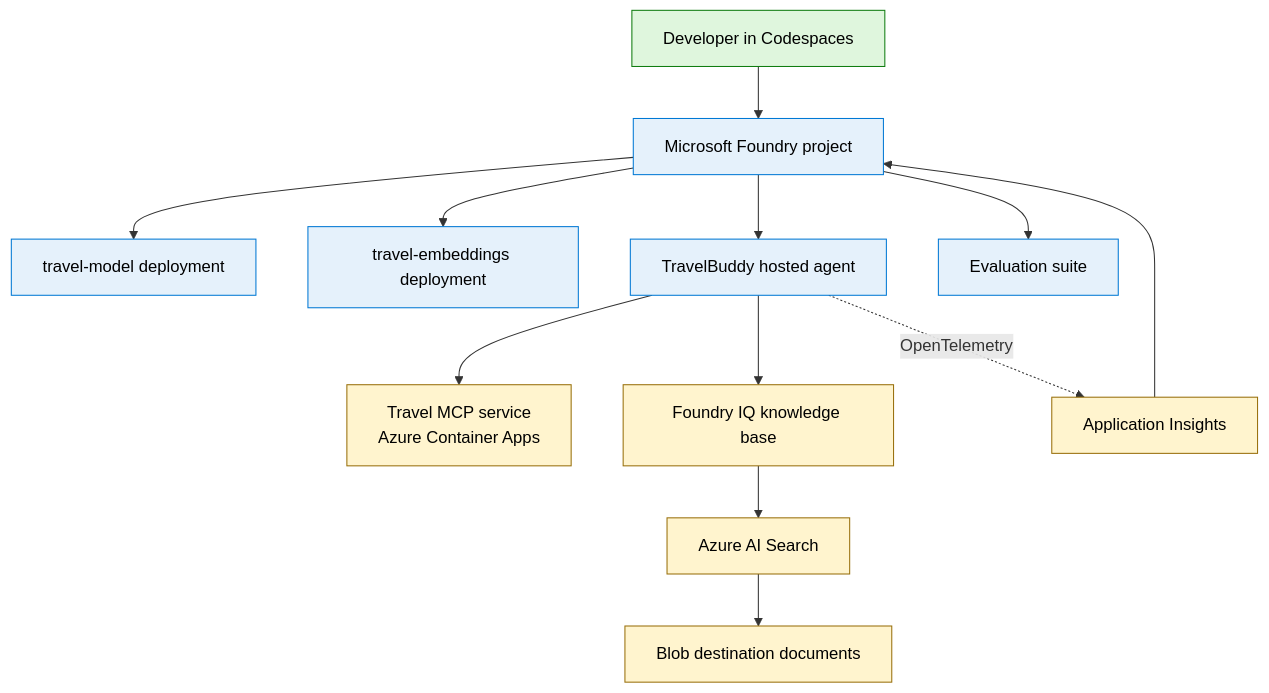
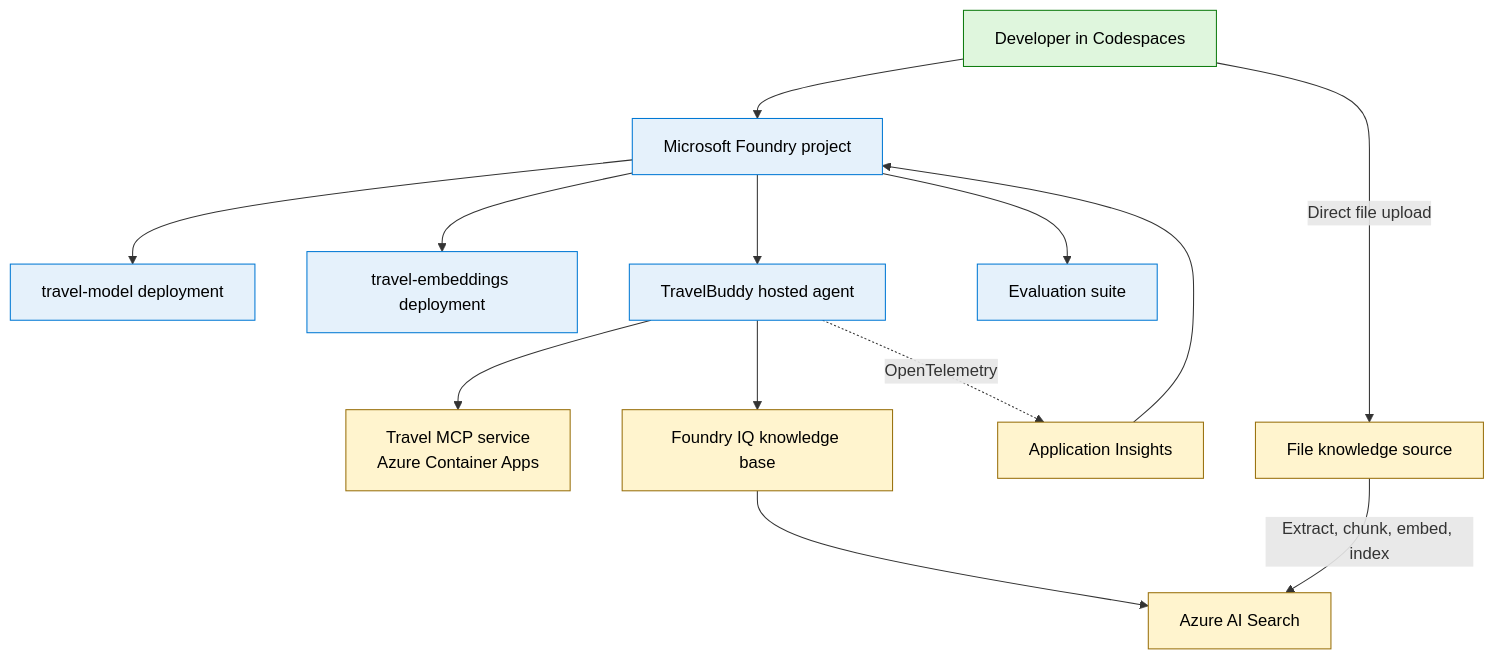
The second of 5 diagrams in docs/architecture.md (tmathew1000/foundry-multi-agent-developer-lab), drawn with Mermaid before and after one commit. The commit also changed other lines of this file and 19 other files, not shown here.

First line of the commit message:
feat: use direct file knowledge sources for lab grounding

````diff
--- a/docs/architecture.md
+++ b/docs/architecture.md
@@ -31,22 +31,23 @@
 ```mermaid
 flowchart TB
     D[Developer in Codespaces]
     D --> FP[Microsoft Foundry project]
     FP --> MD[travel-model deployment]
     FP --> ED[travel-embeddings deployment]
     FP --> HA[TravelBuddy hosted agent]
     FP --> EV[Evaluation suite]
     HA --> MCP[Travel MCP service<br/>Azure Container Apps]
     HA --> IQ[Foundry IQ knowledge base]
     IQ --> SRCH[Azure AI Search]
-    SRCH --> GD[Blob destination documents]
+    D -->|Direct file upload| GD[File knowledge source]
+    GD -->|Extract, chunk, embed, index| SRCH
     HA -. OpenTelemetry .-> AI[Application Insights]
     AI --> FP
 
     classDef learner fill:#dff6dd,stroke:#107c10,color:#000
     classDef managed fill:#e5f1fb,stroke:#0078d4,color:#000
     classDef azure fill:#fff4ce,stroke:#986f0b,color:#000
     class D learner
     class FP,MD,ED,HA,EV managed
     class MCP,IQ,SRCH,GD,AI azure
 ```
````
